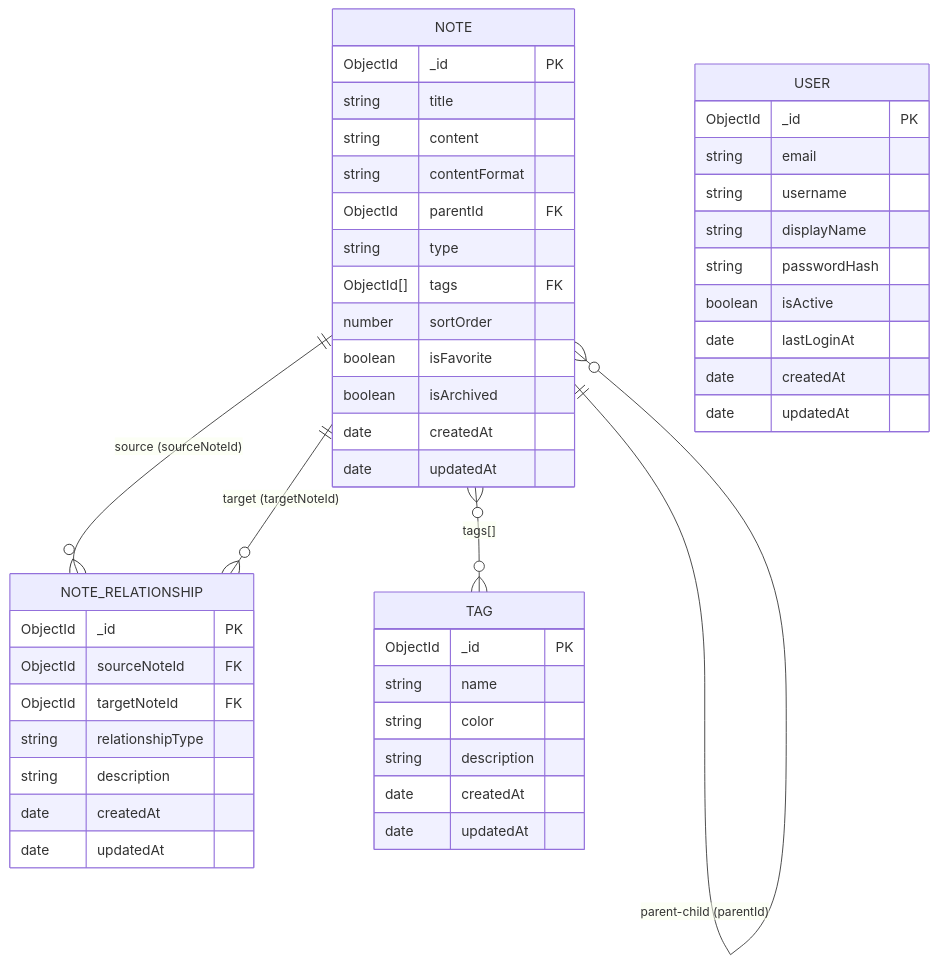
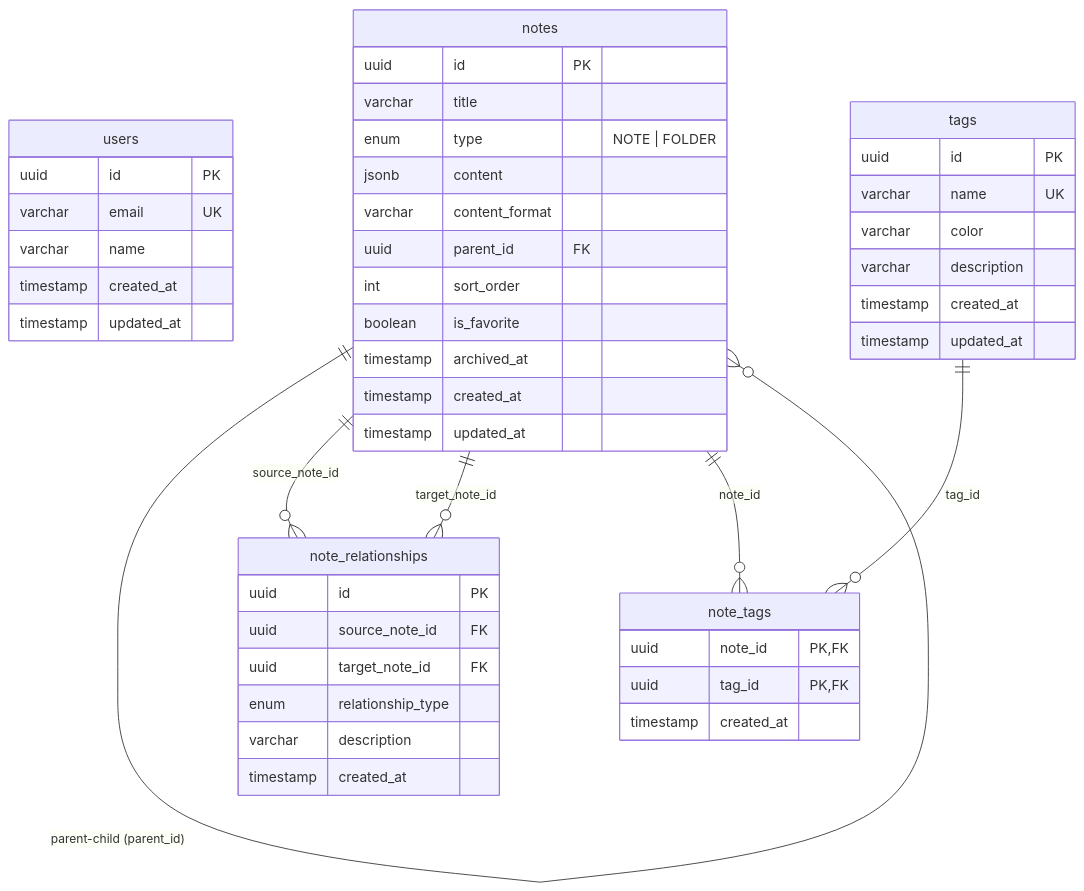
Before and after one commit to nhatnd99/PersonalKnowledgeManagement: the diagram in docs/04-database/DATABASE_SCHEMA.md, drawn with Mermaid. The commit also changed other lines of this file and 110 other files, not shown here.

````diff
--- a/docs/04-database/DATABASE_SCHEMA.md
+++ b/docs/04-database/DATABASE_SCHEMA.md
@@ -110,53 +9,54 @@
 ```mermaid
 erDiagram
-  NOTE {
-    ObjectId _id PK
-    string title
-    string content
-    string contentFormat
-    ObjectId parentId FK
-    string type
-    ObjectId[] tags FK
-    number sortOrder
-    boolean isFavorite
-    boolean isArchived
-    date createdAt
-    date updatedAt
+  users {
+    uuid id PK
+    varchar email UK
+    varchar name
+    timestamp created_at
+    timestamp updated_at
   }
 
-  NOTE_RELATIONSHIP {
-    ObjectId _id PK
-    ObjectId sourceNoteId FK
-    ObjectId targetNoteId FK
-    string relationshipType
-    string description
-    date createdAt
-    date updatedAt
+  notes {
+    uuid id PK
+    varchar title
+    enum type "NOTE | FOLDER"
+    jsonb content
+    varchar content_format
+    uuid parent_id FK
+    int sort_order
+    boolean is_favorite
+    timestamp archived_at
+    timestamp created_at
+    timestamp updated_at
   }
 
-  TAG {
-    ObjectId _id PK
-    string name
-    string color
-    string description
-    date createdAt
-    date updatedAt
+  note_relationships {
+    uuid id PK
+    uuid source_note_id FK
+    uuid target_note_id FK
+    enum relationship_type
+    varchar description
+    timestamp created_at
   }
 
-  USER {
-    ObjectId _id PK
-    string email
-    string username
-    string displayName
-    string passwordHash
-    boolean isActive
-    date lastLoginAt
-    date createdAt
-    date updatedAt
+  tags {
+    uuid id PK
+    varchar name UK
+    varchar color
+    varchar description
+    timestamp created_at
+    timestamp updated_at
   }
 
-  NOTE ||--o{ NOTE : "parent-child (parentId)"
-  NOTE ||--o{ NOTE_RELATIONSHIP : "source (sourceNoteId)"
-  NOTE ||--o{ NOTE_RELATIONSHIP : "target (targetNoteId)"
-  NOTE }o--o{ TAG : "tags[]"
+  note_tags {
+    uuid note_id PK,FK
+    uuid tag_id PK,FK
+    timestamp created_at
+  }
+
+  notes ||--o{ notes : "parent-child (parent_id)"
+  notes ||--o{ note_relationships : "source_note_id"
+  notes ||--o{ note_relationships : "target_note_id"
+  notes ||--o{ note_tags : "note_id"
+  tags ||--o{ note_tags : "tag_id"
 ```
````
